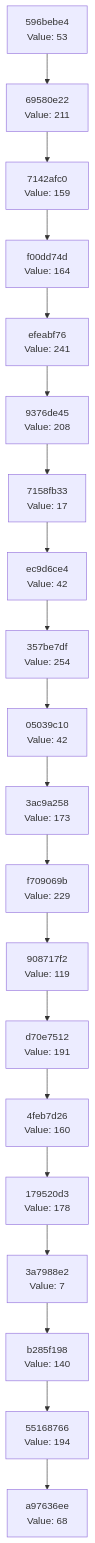
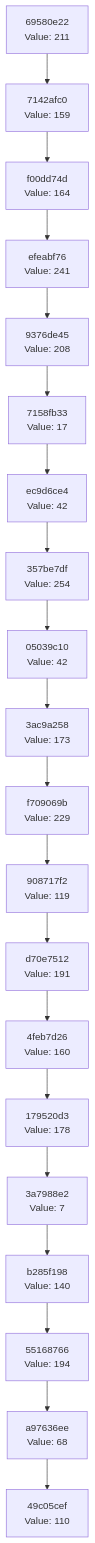
Before and after one commit to Abhisheksinha1506/hash-chain-evolver: the diagram in docs/CHAIN_VISUALIZATION.md, drawn with Mermaid. The commit also changed 3 other files, not shown here.

````diff
--- a/docs/CHAIN_VISUALIZATION.md
+++ b/docs/CHAIN_VISUALIZATION.md
@@ -3,42 +3,42 @@
 ```mermaid
 graph TD
-    C0["a97636ee<br/>Value: 68"]
-    C1["55168766<br/>Value: 194"]
+    C0["49c05cef<br/>Value: 110"]
+    C1["a97636ee<br/>Value: 68"]
     C1 --> C0
-    C2["b285f198<br/>Value: 140"]
+    C2["55168766<br/>Value: 194"]
     C2 --> C1
-    C3["3a7988e2<br/>Value: 7"]
+    C3["b285f198<br/>Value: 140"]
     C3 --> C2
-    C4["179520d3<br/>Value: 178"]
+    C4["3a7988e2<br/>Value: 7"]
     C4 --> C3
-    C5["4feb7d26<br/>Value: 160"]
+    C5["179520d3<br/>Value: 178"]
     C5 --> C4
-    C6["d70e7512<br/>Value: 191"]
+    C6["4feb7d26<br/>Value: 160"]
     C6 --> C5
-    C7["908717f2<br/>Value: 119"]
+    C7["d70e7512<br/>Value: 191"]
     C7 --> C6
-    C8["f709069b<br/>Value: 229"]
+    C8["908717f2<br/>Value: 119"]
     C8 --> C7
-    C9["3ac9a258<br/>Value: 173"]
+    C9["f709069b<br/>Value: 229"]
     C9 --> C8
-    C10["05039c10<br/>Value: 42"]
+    C10["3ac9a258<br/>Value: 173"]
     C10 --> C9
-    C11["357be7df<br/>Value: 254"]
+    C11["05039c10<br/>Value: 42"]
     C11 --> C10
-    C12["ec9d6ce4<br/>Value: 42"]
+    C12["357be7df<br/>Value: 254"]
     C12 --> C11
-    C13["7158fb33<br/>Value: 17"]
+    C13["ec9d6ce4<br/>Value: 42"]
     C13 --> C12
-    C14["9376de45<br/>Value: 208"]
+    C14["7158fb33<br/>Value: 17"]
     C14 --> C13
-    C15["efeabf76<br/>Value: 241"]
+    C15["9376de45<br/>Value: 208"]
     C15 --> C14
-    C16["f00dd74d<br/>Value: 164"]
+    C16["efeabf76<br/>Value: 241"]
     C16 --> C15
-    C17["7142afc0<br/>Value: 159"]
+    C17["f00dd74d<br/>Value: 164"]
     C17 --> C16
-    C18["69580e22<br/>Value: 211"]
+    C18["7142afc0<br/>Value: 159"]
     C18 --> C17
-    C19["596bebe4<br/>Value: 53"]
+    C19["69580e22<br/>Value: 211"]
     C19 --> C18
 ```
````
